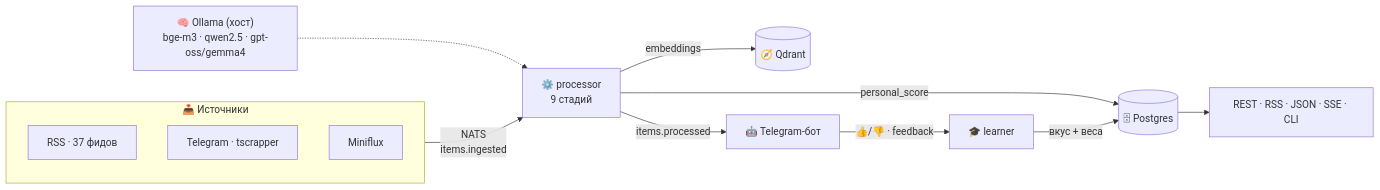
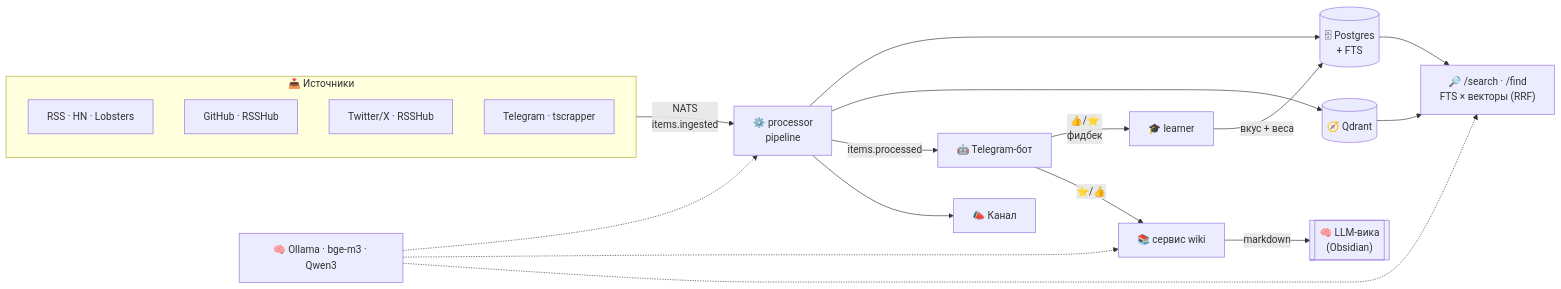
One commit to dream-x/homyak changed the first of 2 diagrams in README.ru.md. Above: the diagram before and after it, drawn with Mermaid. The commit also changed other lines of this file and 3 other files, not shown here.

First line of the commit message:
docs: refresh README + architecture (EN/RU) — search, LLM wiki, GitHub, title/lang

````diff
--- a/README.ru.md
+++ b/README.ru.md
@@ -54,16 +59,23 @@
 ```mermaid
 flowchart LR
     subgraph SRC["📥 Источники"]
-      RSS["RSS · 37 фидов"]
+      RSS["RSS · HN · Lobsters"]
+      GH["GitHub · RSSHub"]
+      TW["Twitter/X · RSSHub"]
       TG["Telegram · tscrapper"]
-      MF["Miniflux"]
     end
-    SRC -->|"NATS<br/>items.ingested"| PROC["⚙️ processor<br/>9 стадий"]
-    PROC -->|"personal_score"| PG[("🗄 Postgres")]
-    PROC -->|"embeddings"| QD[("🧭 Qdrant")]
+    SRC -->|"NATS<br/>items.ingested"| PROC["⚙️ processor<br/>pipeline"]
+    PROC --> PG[("🗄 Postgres<br/>+ FTS")]
+    PROC --> QD[("🧭 Qdrant")]
     PROC -->|"items.processed"| BOT["🤖 Telegram-бот"]
-    BOT -->|"👍/👎 · feedback"| LRN["🎓 learner"]
+    PROC --> CH["📣 Канал"]
+    BOT -->|"👍/⭐<br/>фидбек"| LRN["🎓 learner"]
+    BOT -->|"⭐/👍"| WIKI["📚 сервис wiki"]
     LRN -->|"вкус + веса"| PG
-    OLL["🧠 Ollama (хост)<br/>bge-m3 · qwen2.5 · gpt-oss/gemma4"] -.-> PROC
-    PG --> OUT["REST · RSS · JSON · SSE · CLI"]
+    WIKI -->|"markdown"| WK[["🧠 LLM-вика<br/>(Obsidian)"]]
+    PG --> SEARCH["🔎 /search · /find<br/>FTS × векторы (RRF)"]
+    QD --> SEARCH
+    OLL["🧠 Ollama · bge-m3 · Qwen3"] -.-> PROC
+    OLL -.-> WIKI
+    OLL -.-> SEARCH
 ```
````
